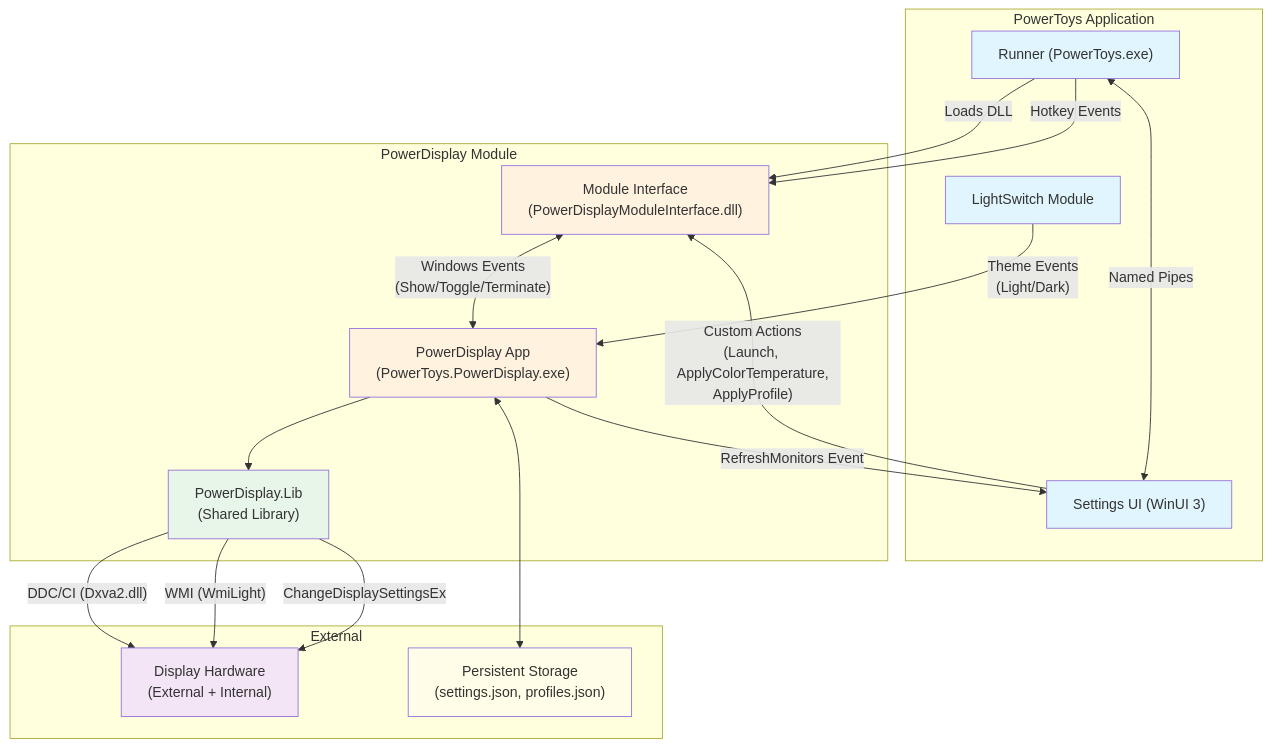
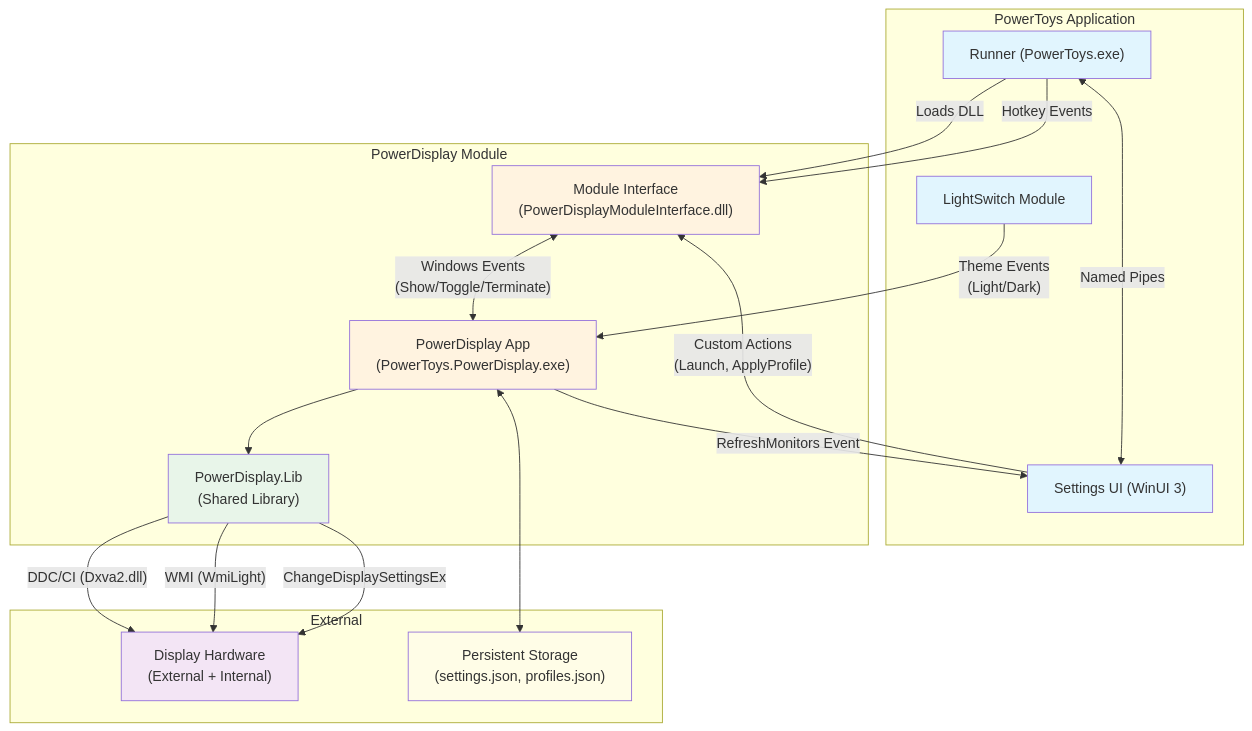
Before and after one commit to microsoft/PowerToys: the first of 23 diagrams in doc/devdocs/modules/powerdisplay/design.md, drawn with Mermaid. The commit also changed other lines of this file and 23 other files, not shown here.

````diff
--- a/doc/devdocs/modules/powerdisplay/design.md
+++ b/doc/devdocs/modules/powerdisplay/design.md
@@ -128,43 +128,43 @@
 ```mermaid
 flowchart TB
     subgraph PowerToys["PowerToys Application"]
         Runner["Runner (PowerToys.exe)"]
         SettingsUI["Settings UI (WinUI 3)"]
         LightSwitch["LightSwitch Module"]
     end
 
     subgraph PowerDisplayModule["PowerDisplay Module"]
         ModuleInterface["Module Interface<br/>(PowerDisplayModuleInterface.dll)"]
         PowerDisplayApp["PowerDisplay App<br/>(PowerToys.PowerDisplay.exe)"]
         PowerDisplayLib["PowerDisplay.Lib<br/>(Shared Library)"]
     end
 
     subgraph External["External"]
         Hardware["Display Hardware<br/>(External + Internal)"]
         Storage["Persistent Storage<br/>(settings.json, profiles.json)"]
     end
 
     Runner -->|"Loads DLL"| ModuleInterface
     Runner -->|"Hotkey Events"| ModuleInterface
     SettingsUI <-->|"Named Pipes"| Runner
-    SettingsUI -->|"Custom Actions<br/>(Launch, ApplyColorTemperature,<br/>ApplyProfile)"| ModuleInterface
+    SettingsUI -->|"Custom Actions<br/>(Launch, ApplyProfile)"| ModuleInterface
 
     ModuleInterface <-->|"Windows Events<br/>(Show/Toggle/Terminate)"| PowerDisplayApp
     PowerDisplayApp -->|"RefreshMonitors Event"| SettingsUI
     LightSwitch -->|"Theme Events<br/>(Light/Dark)"| PowerDisplayApp
 
     PowerDisplayApp --> PowerDisplayLib
     PowerDisplayLib -->|"DDC/CI (Dxva2.dll)"| Hardware
     PowerDisplayLib -->|"WMI (WmiLight)"| Hardware
     PowerDisplayLib -->|"ChangeDisplaySettingsEx"| Hardware
     PowerDisplayApp <--> Storage
 
     style Runner fill:#e1f5fe
     style SettingsUI fill:#e1f5fe
     style LightSwitch fill:#e1f5fe
     style ModuleInterface fill:#fff3e0
     style PowerDisplayApp fill:#fff3e0
     style PowerDisplayLib fill:#e8f5e9
     style Hardware fill:#f3e5f5
     style Storage fill:#fffde7
 ```
````
